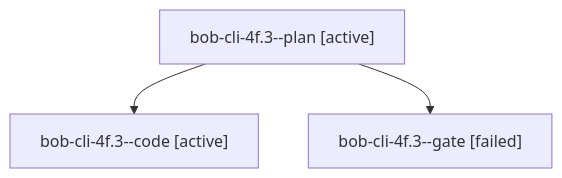
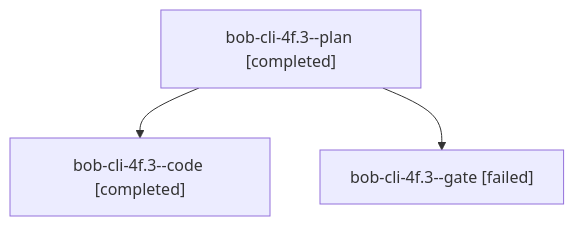
The diagram in sessions/bbugyi200.apollo.bob-cli-4f.3.md (bobs-org/bob-cli--agents), drawn with Mermaid before and after one commit. The commit also changed other lines of this file and 44 other files, not shown here.

````diff
--- a/sessions/bbugyi200.apollo.bob-cli-4f.3.md
+++ b/sessions/bbugyi200.apollo.bob-cli-4f.3.md
@@ -9,8 +9,8 @@
 ```mermaid
 flowchart TD
-  n0["bob-cli-4f.3--plan [active]"]
-  n1["bob-cli-4f.3--code [active]"]
+  n0["bob-cli-4f.3--plan [completed]"]
+  n1["bob-cli-4f.3--code [completed]"]
   n0 --> n1
   n2["bob-cli-4f.3--gate [failed]"]
   n0 --> n2
 ```
````
